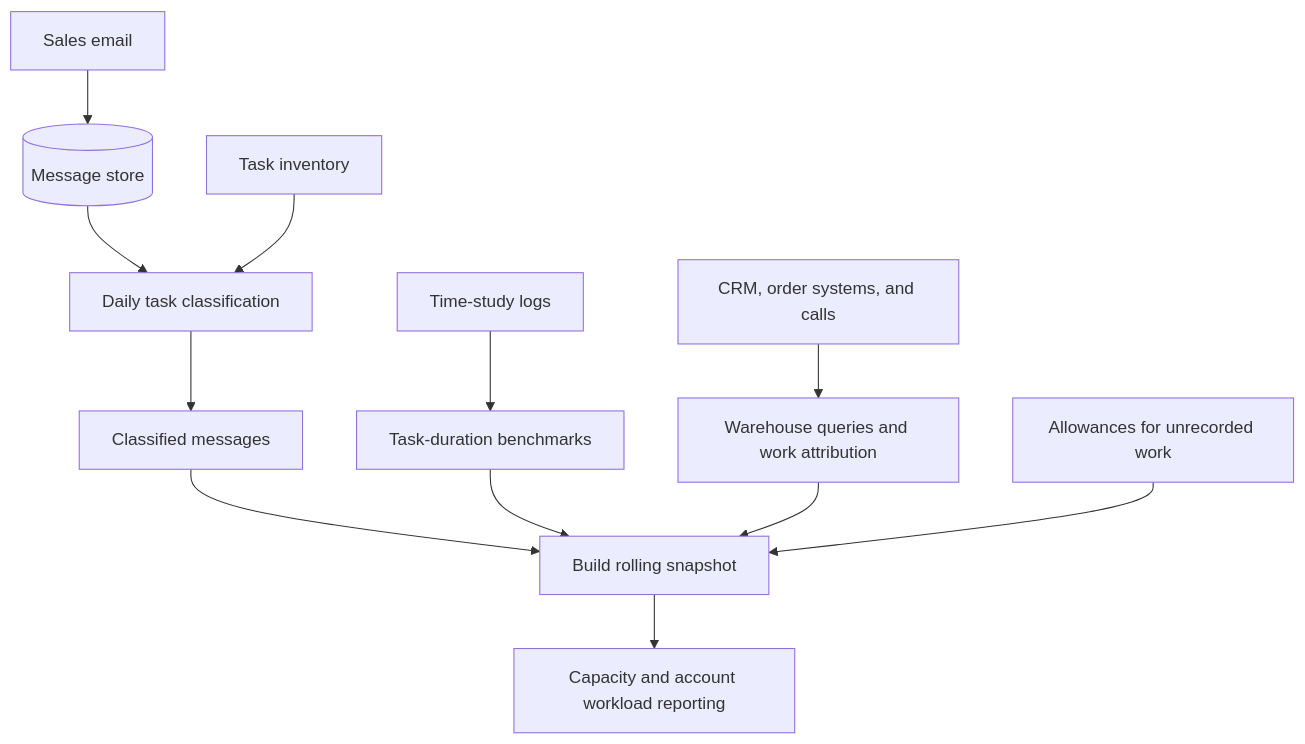
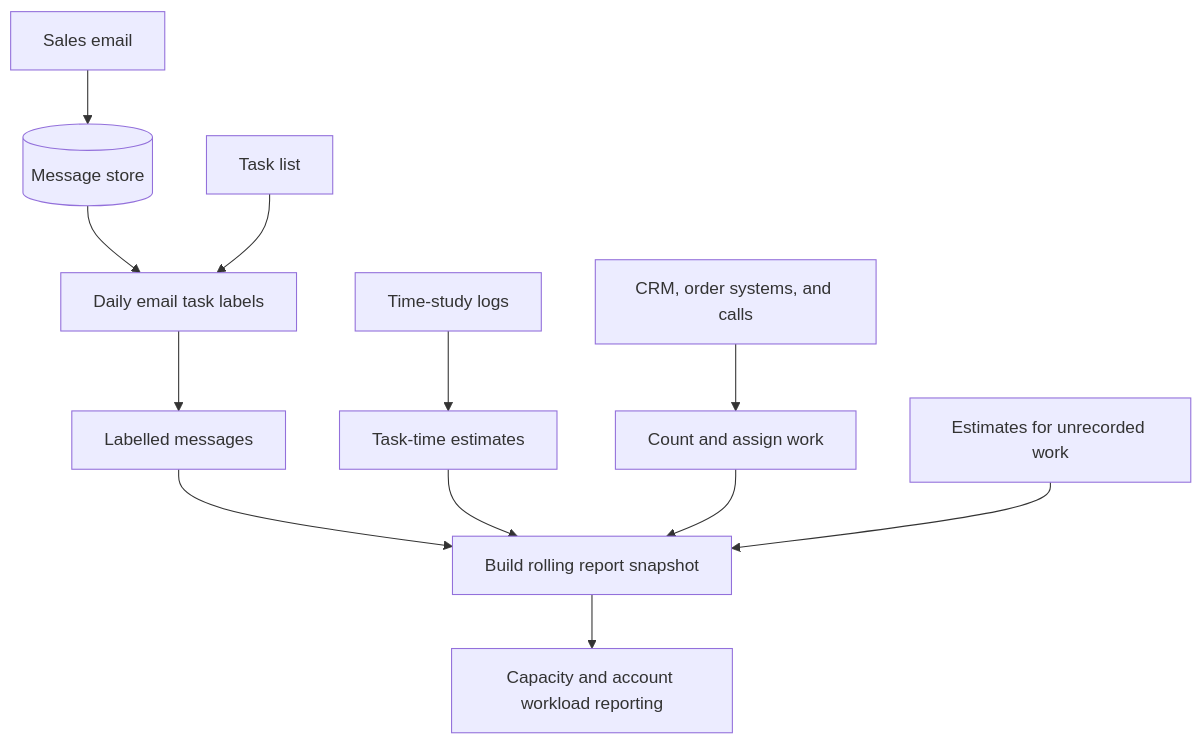
The diagram in projects/sales-capacity-planner/README.md (JamesonCodes/project-showcase), drawn with Mermaid before and after one commit. The commit also changed other lines of this file and 1 other file, not shown here.

Commit message:
Simplify capacity case study and evaluation language

````diff
--- a/projects/sales-capacity-planner/README.md
+++ b/projects/sales-capacity-planner/README.md
@@ -54,14 +54,14 @@
 ```mermaid
 flowchart TD
     Email[Sales email] --> Store[(Message store)]
-    Store --> Classifier[Daily task classification]
-    Inventory[Task inventory] --> Classifier
-    Classifier --> Tasks[Classified messages]
-    Logs[Time-study logs] --> Benchmarks[Task-duration benchmarks]
-    Systems[CRM, order systems, and calls] --> Warehouse[Warehouse queries and work attribution]
-    Tasks --> Build[Build rolling snapshot]
+    Store --> Classifier[Daily email task labels]
+    Inventory[Task list] --> Classifier
+    Classifier --> Tasks[Labelled messages]
+    Logs[Time-study logs] --> Benchmarks[Task-time estimates]
+    Systems[CRM, order systems, and calls] --> Warehouse[Count and assign work]
+    Tasks --> Build[Build rolling report snapshot]
     Benchmarks --> Build
     Warehouse --> Build
-    Allowances[Allowances for unrecorded work] --> Build
+    Allowances[Estimates for unrecorded work] --> Build
     Build --> Page[Capacity and account workload reporting]
 ```
````
